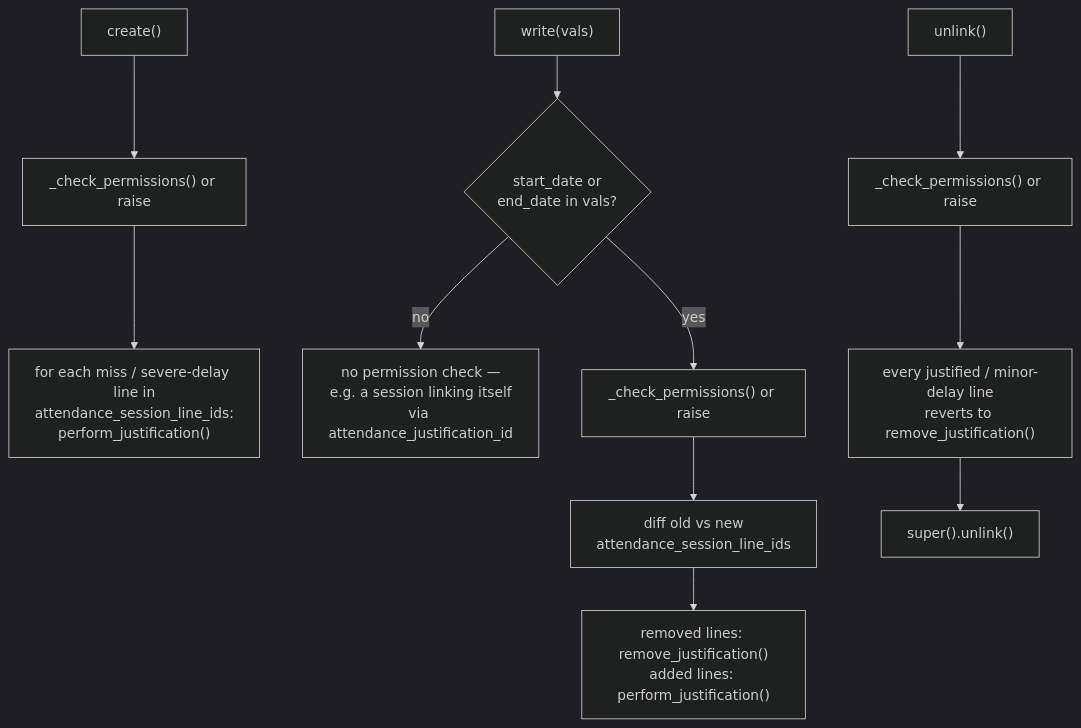
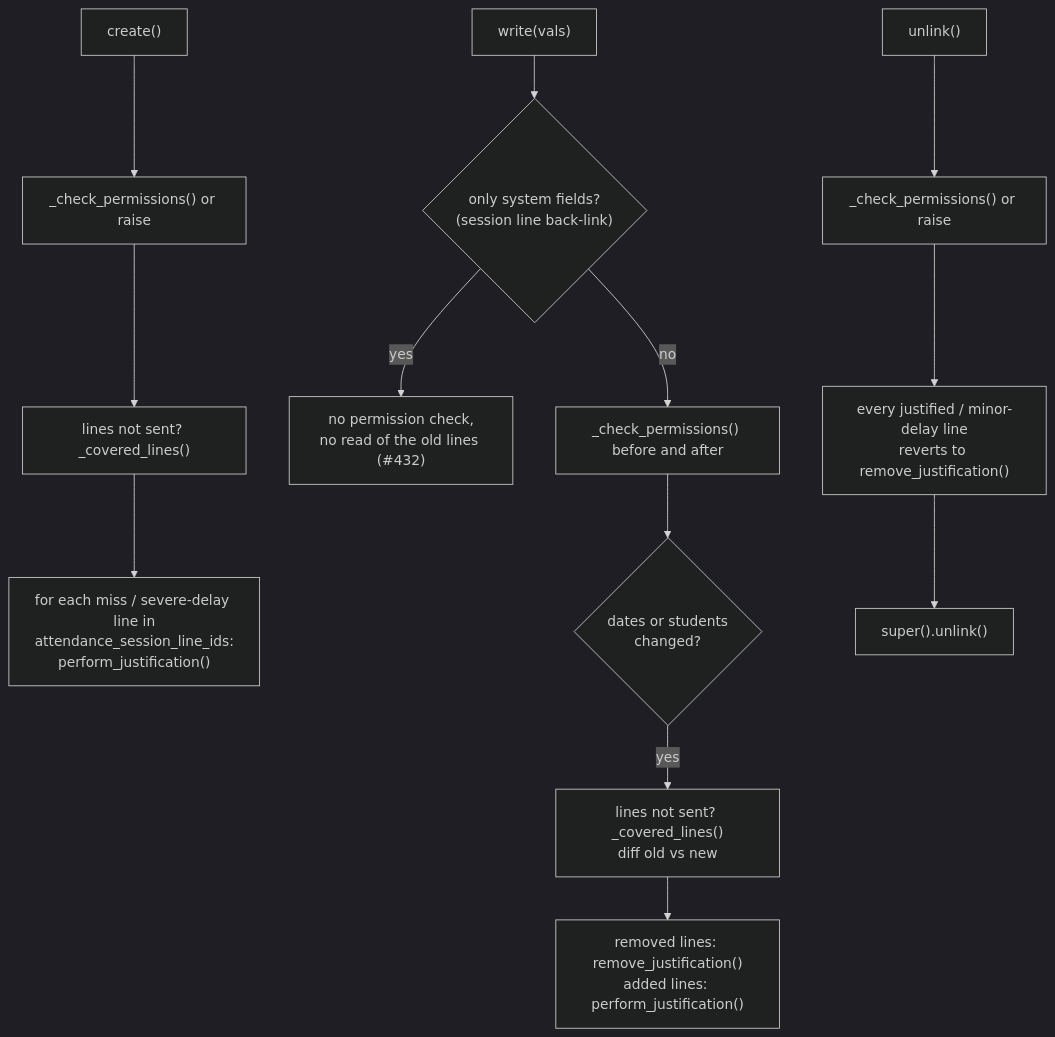
Before and after one commit to ElPuig/EMS: the diagram in docs/en/developers/attendance/attendance_justification.md, drawn with Mermaid (dark theme). The commit also changed other lines of this file and 126 other files, not shown here.

````diff
--- a/docs/en/developers/attendance/attendance_justification.md
+++ b/docs/en/developers/attendance/attendance_justification.md
@@ -81,15 +128,17 @@
 ```mermaid
 flowchart TD
     A["create()"] --> B["_check_permissions() or raise"]
-    B --> C["for each miss / severe-delay line in\nattendance_session_line_ids:\nperform_justification()"]
+    B --> B2["lines not sent? _covered_lines()"]
+    B2 --> C["for each miss / severe-delay line in\nattendance_session_line_ids:\nperform_justification()"]
 
-    D["write(vals)"] --> E{"start_date or\nend_date in vals?"}
-    E -- no --> Z["no permission check —\ne.g. a session linking itself\nvia attendance_justification_id"]
-    E -- yes --> F["_check_permissions() or raise"]
-    F --> G["diff old vs new\nattendance_session_line_ids"]
+    D["write(vals)"] --> E{"only system fields?\n(session line back-link)"}
+    E -- yes --> Z["no permission check,\nno read of the old lines (#432)"]
+    E -- no --> F["_check_permissions() before and after"]
+    F --> F2{"dates or students\nchanged?"}
+    F2 -- yes --> G["lines not sent? _covered_lines()\ndiff old vs new"]
     G --> H["removed lines: remove_justification()\nadded lines: perform_justification()"]
 
     I["unlink()"] --> J["_check_permissions() or raise"]
     J --> K["every justified / minor-delay line\nreverts to remove_justification()"]
     K --> L["super().unlink()"]
 ```
````
